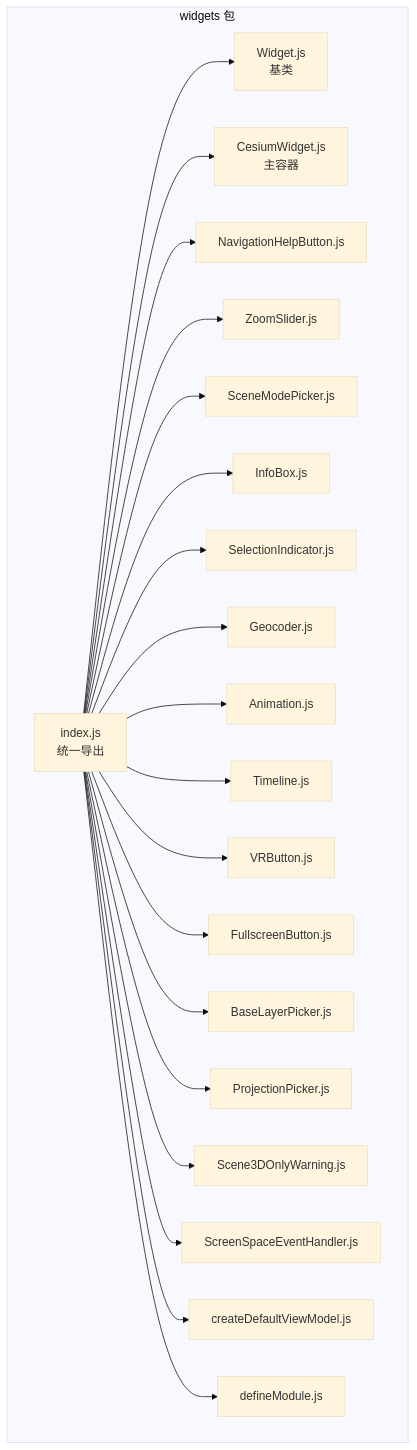
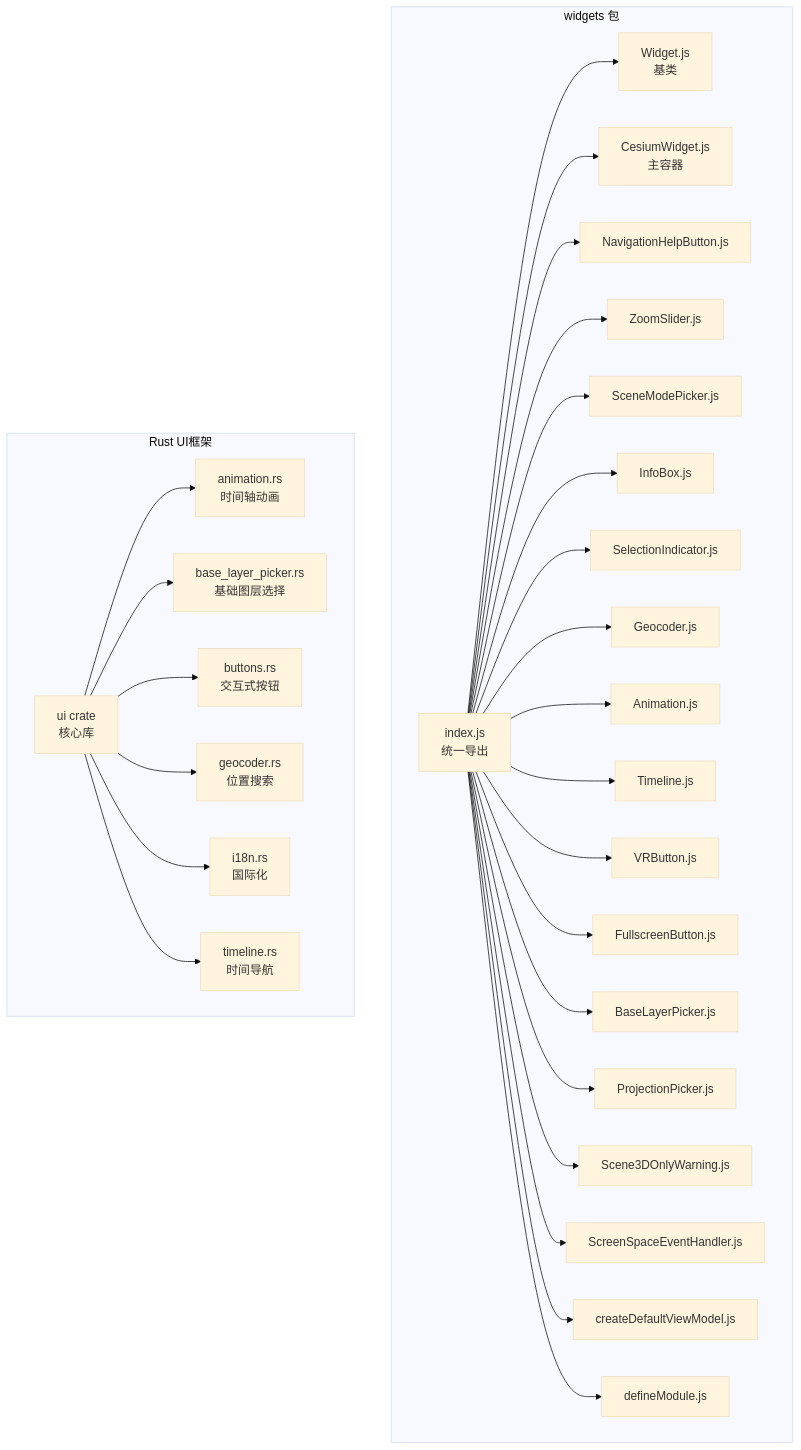
One commit to rzhangjing/cesium changed the first of 3 diagrams in .qoder/repowiki/zh/content/UI组件库/控件系统/控件系统.md. Above: the diagram before and after it, drawn with Mermaid (base theme). The commit also changed other lines of this file and 30 other files, not shown here.

````diff
--- a/.qoder/repowiki/zh/content/UI组件库/控件系统/控件系统.md
+++ b/.qoder/repowiki/zh/content/UI组件库/控件系统/控件系统.md
@@ -44,23 +61,31 @@
 ```mermaid
 graph TB
 subgraph "widgets 包"
 A["index.js<br/>统一导出"] --> B["Widget.js<br/>基类"]
 A --> C["CesiumWidget.js<br/>主容器"]
 A --> D["NavigationHelpButton.js"]
 A --> E["ZoomSlider.js"]
 A --> F["SceneModePicker.js"]
 A --> G["InfoBox.js"]
 A --> H["SelectionIndicator.js"]
 A --> I["Geocoder.js"]
 A --> J["Animation.js"]
 A --> K["Timeline.js"]
 A --> L["VRButton.js"]
 A --> M["FullscreenButton.js"]
 A --> N["BaseLayerPicker.js"]
 A --> O["ProjectionPicker.js"]
 A --> P["Scene3DOnlyWarning.js"]
 A --> Q["ScreenSpaceEventHandler.js"]
 A --> R["createDefaultViewModel.js"]
 A --> S["defineModule.js"]
 end
+subgraph "Rust UI框架"
+T["ui crate<br/>核心库"] --> U["animation.rs<br/>时间轴动画"]
+T --> V["base_layer_picker.rs<br/>基础图层选择"]
+T --> W["buttons.rs<br/>交互式按钮"]
+T --> X["geocoder.rs<br/>位置搜索"]
+T --> Y["i18n.rs<br/>国际化"]
+T --> Z["timeline.rs<br/>时间导航"]
+end
 ```
````
